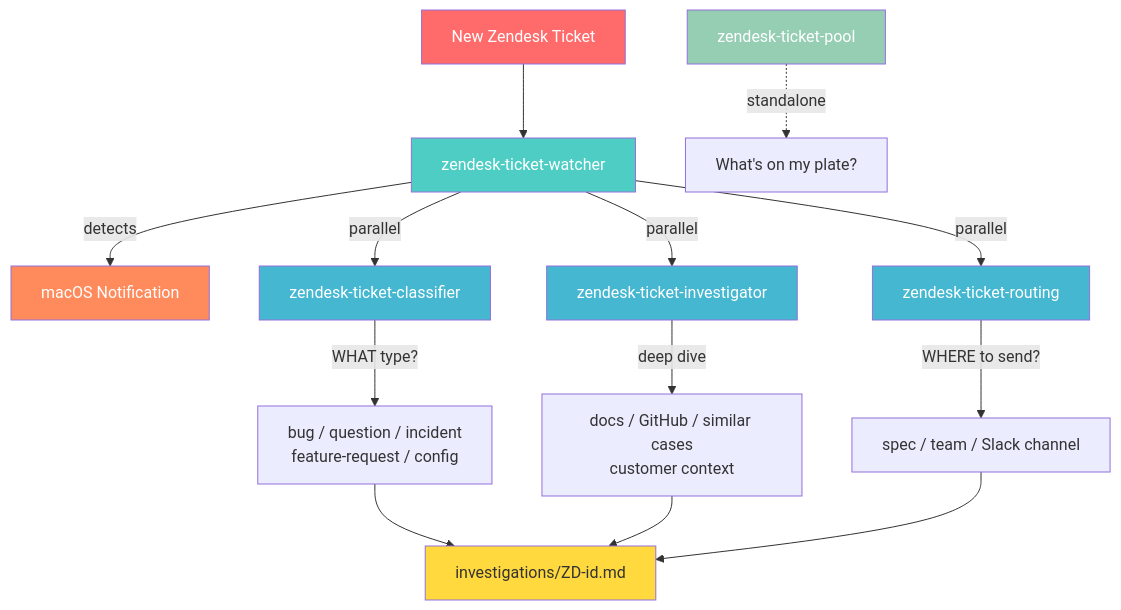
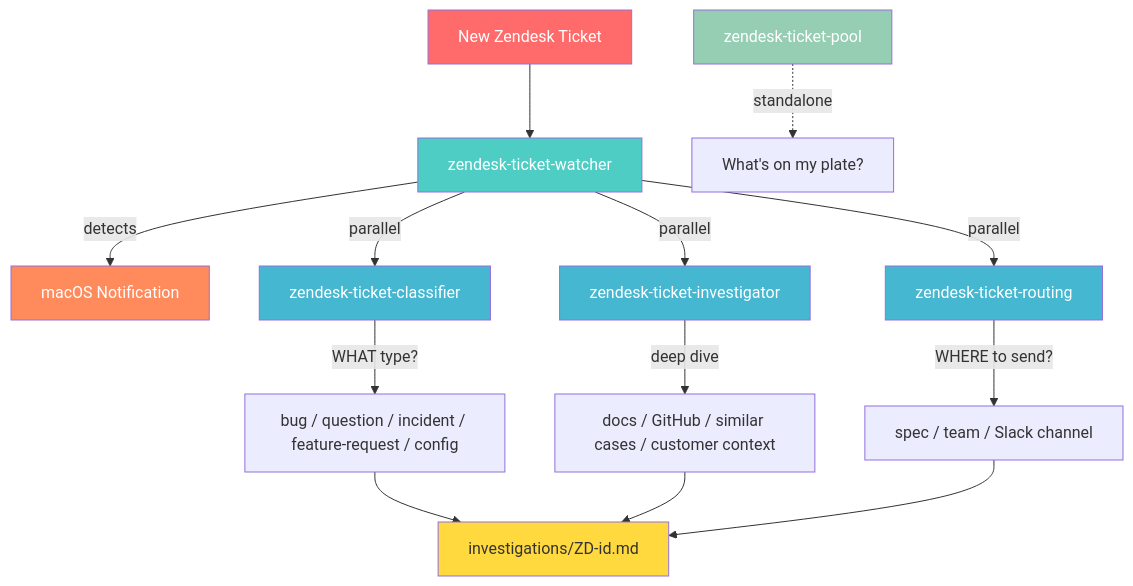
Before and after one commit to ddalexvea/datadog-cursor-diagnose-skills: the diagram in README.md, drawn with Mermaid.

Commit message:
Fix Mermaid diagram: remove literal \n in node labels
Made-with: Cursor

````diff
--- a/README.md
+++ b/README.md
@@ -56,27 +56,27 @@
 ```mermaid
 flowchart TD
     A[New Zendesk Ticket] --> B[zendesk-ticket-watcher]
     B -->|detects| N[macOS Notification]
     B -->|parallel| C[zendesk-ticket-classifier]
     B -->|parallel| D[zendesk-ticket-investigator]
     B -->|parallel| E[zendesk-ticket-routing]
 
-    C -->|WHAT type?| C1[bug / question / incident\nfeature-request / config]
-    D -->|deep dive| D1[docs / GitHub / similar cases\ncustomer context]
+    C -->|WHAT type?| C1[bug / question / incident / feature-request / config]
+    D -->|deep dive| D1[docs / GitHub / similar cases / customer context]
     E -->|WHERE to send?| E1[spec / team / Slack channel]
 
     C1 --> F[investigations/ZD-id.md]
     D1 --> F
     E1 --> F
 
     G[zendesk-ticket-pool] -.->|standalone| H[What's on my plate?]
 
     style A fill:#ff6b6b,color:#fff
     style B fill:#4ecdc4,color:#fff
     style C fill:#45b7d1,color:#fff
     style D fill:#45b7d1,color:#fff
     style E fill:#45b7d1,color:#fff
     style G fill:#96ceb4,color:#fff
     style F fill:#ffd93d,color:#333
     style N fill:#ff8a5c,color:#fff
 ```
````
